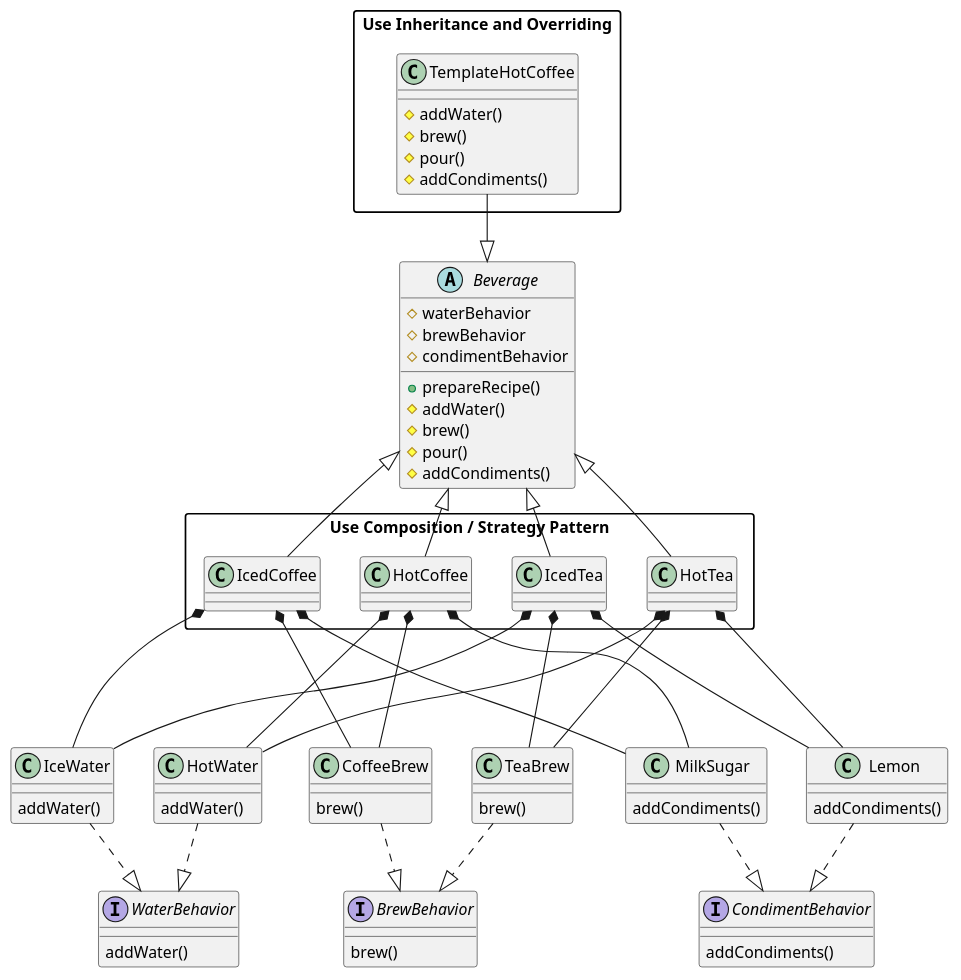
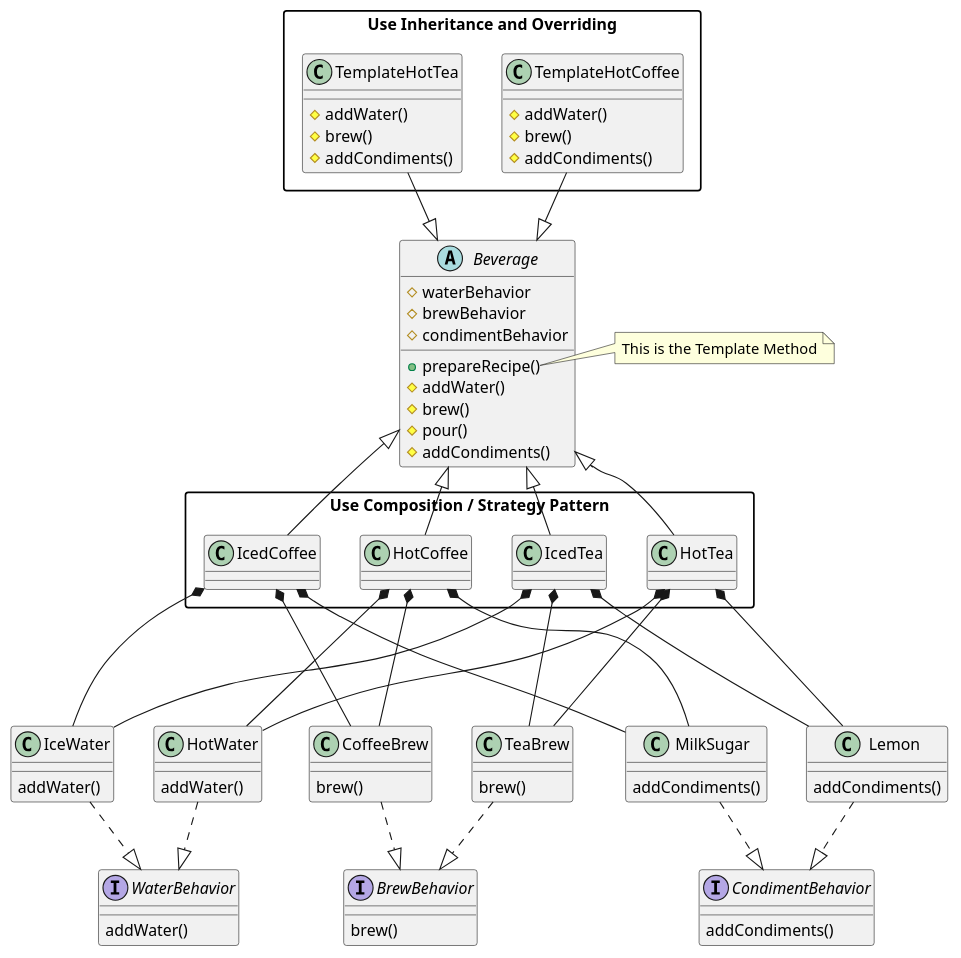
The diagram in 08_template-method_pattern/README.md (alesgenova/design-patterns), drawn with PlantUML before and after one commit. The commit also changed 6 other files, not shown here.

Commit message:
finished implementing the Template Method Pattern example

````diff
--- a/08_template-method_pattern/README.md
+++ b/08_template-method_pattern/README.md
@@ -24,6 +24,10 @@
   # pour()
   # addCondiments()
 }
+
+note right of Beverage::prepareRecipe
+  This is the Template Method
+end note
 
 
 package "Use Composition / Strategy Pattern" {
@@ -50,9 +54,15 @@
   Class TemplateHotCoffee{
     # addWater()
     # brew()
-    # pour()
     # addCondiments()
   }
+
+  Class TemplateHotTea{
+    # addWater()
+    # brew()
+    # addCondiments()
+  }
+
 }
 
 
@@ -135,6 +145,7 @@
 IcedCoffee *--- MilkSugar
 
 TemplateHotCoffee --|> Beverage
+TemplateHotTea --|> Beverage
 
 @enduml
 ```
````
